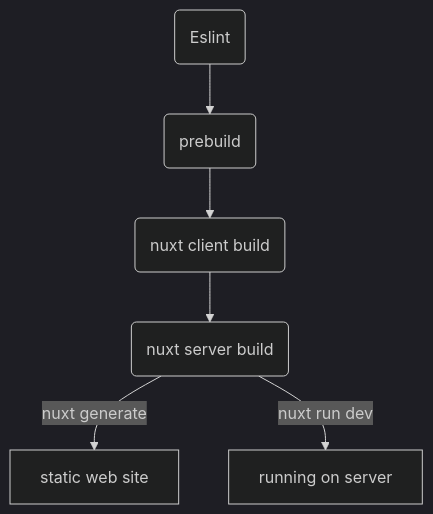
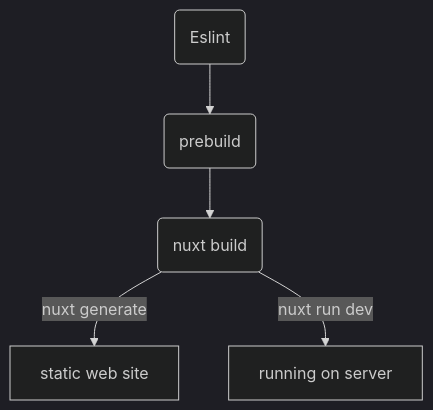
One commit to mouseless/learn-nuxt changed the third of 3 diagrams in README.md. Above: the diagram before and after it, drawn with Mermaid (dark theme).

Commit message:
review changes

````diff
--- a/README.md
+++ b/README.md
@@ -337,8 +337,7 @@
 ```mermaid
 flowchart TD
     E(Eslint) --> P(prebuild)
-    P --> CB(nuxt client build)
-    CB --> SB(nuxt server build)
-    SB -->|nuxt generate| SWS[static web site]
-    SB -->|nuxt run dev| OS[running on server]
+    P --> NB(nuxt build)
+    NB -->|nuxt generate| SWS[static web site]
+    NB -->|nuxt run dev| OS[running on server]
 ```
````
